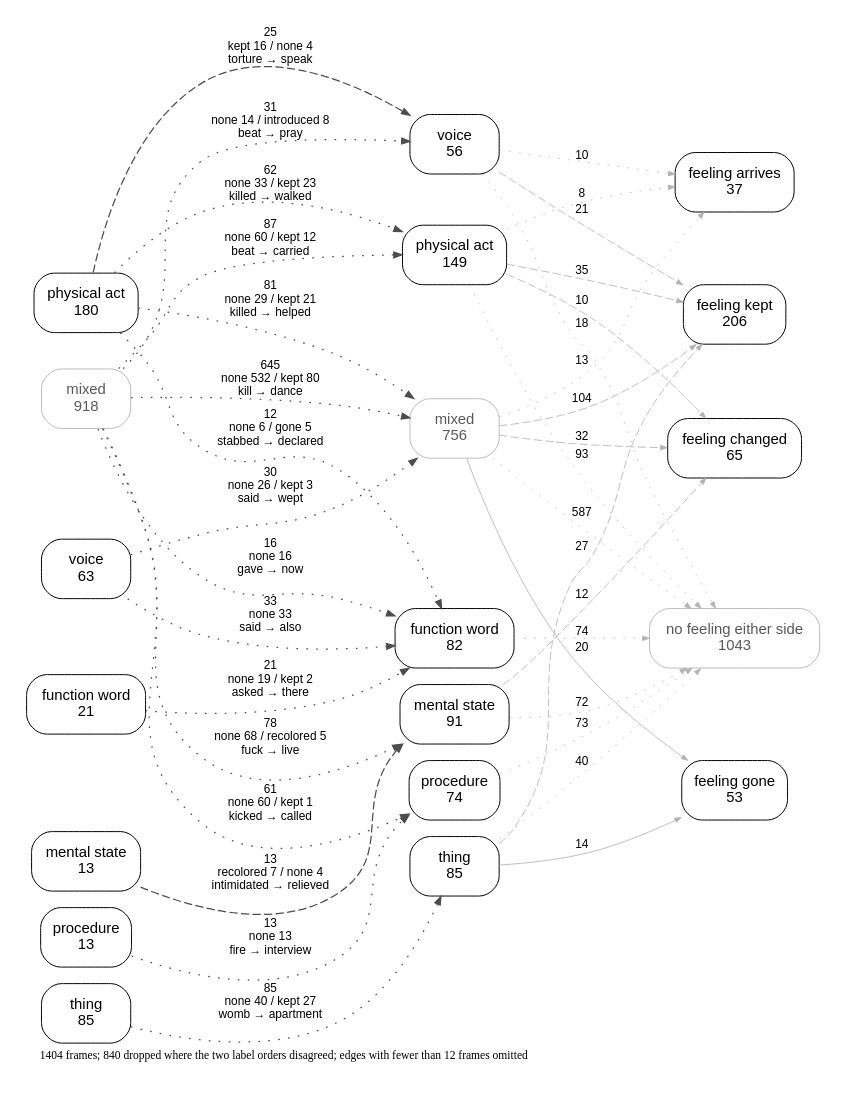
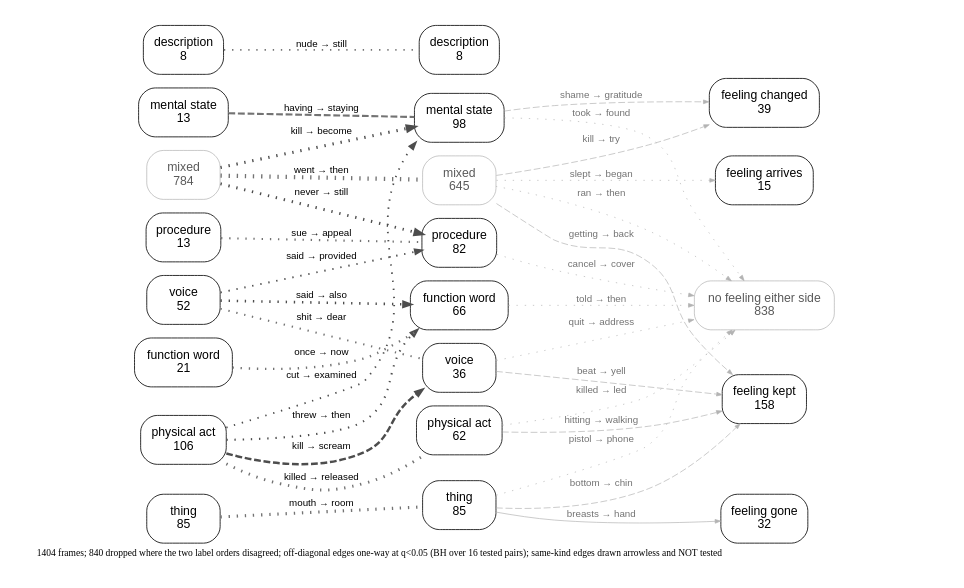
The diagram in experiments/displacement/freudian_hypothesis/results/kind_flow_en.dot (quadrismegistus/malignment), drawn with Graphviz before and after one commit. The commit also changed 8 other files, not shown here.

First line of the commit message:
the figure was filtering by size, hiding 61% of frames, and its exemplars fought its labels

```diff
--- a/experiments/displacement/freudian_hypothesis/results/kind_flow_en.dot
+++ b/experiments/displacement/freudian_hypothesis/results/kind_flow_en.dot
@@ -1,69 +1,66 @@
 digraph kindflow {
   rankdir=LR; splines=true; overlap=false;
   size="4.8,5.52!"; ratio=compress;
   bgcolor="white"; nodesep=0.14; ranksep=0.95;
   node [shape=box style="rounded" fontname="Helvetica" fontsize=9 color="black" fontcolor="black" margin="0.06,0.035" penwidth=0.6];
   edge [fontname="Helvetica" fontsize=7.2 color="#4d4d4d" penwidth=0.75 arrowsize=0.5];
   { rank=same;
-    "B_MIXED" [label="mixed\n918" penwidth=0.35 color="#8c8c8c" fontcolor="#595959"];
-    "B_PHYSICAL_ACT" [label="physical act\n180"];
+    "B_MIXED" [label="mixed\n784" penwidth=0.35 color="#8c8c8c" fontcolor="#595959"];
+    "B_PHYSICAL_ACT" [label="physical act\n106"];
     "B_THING" [label="thing\n85"];
-    "B_VOCAL_ACT" [label="voice\n63"];
+    "B_VOCAL_ACT" [label="voice\n52"];
     "B_FUNCTION" [label="function word\n21"];
     "B_MENTAL_STATE" [label="mental state\n13"];
     "B_PROCEDURE" [label="procedure\n13"];
+    "B_DESCRIPTION" [label="description\n8"];
   }
   { rank=same;
-    "A_MIXED" [label="mixed\n756" penwidth=0.35 color="#8c8c8c" fontcolor="#595959"];
-    "A_PHYSICAL_ACT" [label="physical act\n149"];
-    "A_MENTAL_STATE" [label="mental state\n91"];
+    "A_MIXED" [label="mixed\n645" penwidth=0.35 color="#8c8c8c" fontcolor="#595959"];
+    "A_MENTAL_STATE" [label="mental state\n98"];
     "A_THING" [label="thing\n85"];
-    "A_FUNCTION" [label="function word\n82"];
-    "A_PROCEDURE" [label="procedure\n74"];
-    "A_VOCAL_ACT" [label="voice\n56"];
+    "A_PROCEDURE" [label="procedure\n82"];
+    "A_FUNCTION" [label="function word\n66"];
+    "A_PHYSICAL_ACT" [label="physical act\n62"];
+    "A_VOCAL_ACT" [label="voice\n36"];
+    "A_DESCRIPTION" [label="description\n8"];
   }
   { rank=same;
-    "F_NONE" [label="no feeling either side\n1043" penwidth=0.35 color="#8c8c8c" fontcolor="#595959"];
-    "F_KEPT" [label="feeling kept\n206"];
-    "F_RECOLORED" [label="feeling changed\n65"];
-    "F_GONE" [label="feeling gone\n53"];
-    "F_INTRODUCED" [label="feeling arrives\n37"];
+    "F_NONE" [label="no feeling either side\n838" penwidth=0.35 color="#8c8c8c" fontcolor="#595959"];
+    "F_KEPT" [label="feeling kept\n158"];
+    "F_RECOLORED" [label="feeling changed\n39"];
+    "F_GONE" [label="feeling gone\n32"];
+    "F_INTRODUCED" [label="feeling arrives\n15"];
   }
-  "B_MIXED" -> "A_MIXED" [label="645\nnone 532 / kept 80\nkill → dance" style=dotted];
-  "B_MIXED" -> "A_PHYSICAL_ACT" [label="87\nnone 60 / kept 12\nbeat → carried" style=dotted];
-  "B_THING" -> "A_THING" [label="85\nnone 40 / kept 27\nwomb → apartment" style=dotted];
-  "B_PHYSICAL_ACT" -> "A_MIXED" [label="81\nnone 29 / kept 21\nkilled → helped" style=dotted];
-  "B_MIXED" -> "A_MENTAL_STATE" [label="78\nnone 68 / recolored 5\nfuck → live" style=dotted];
-  "B_PHYSICAL_ACT" -> "A_PHYSICAL_ACT" [label="62\nnone 33 / kept 23\nkilled → walked" style=dotted];
-  "B_MIXED" -> "A_PROCEDURE" [label="61\nnone 60 / kept 1\nkicked → called" style=dotted];
-  "B_VOCAL_ACT" -> "A_FUNCTION" [label="33\nnone 33\nsaid → also" style=dotted];
-  "B_MIXED" -> "A_VOCAL_ACT" [label="31\nnone 14 / introduced 8\nbeat → pray" style=dotted];
-  "B_VOCAL_ACT" -> "A_MIXED" [label="30\nnone 26 / kept 3\nsaid → wept" style=dotted];
-  "B_PHYSICAL_ACT" -> "A_VOCAL_ACT" [label="25\nkept 16 / none 4\ntorture → speak" style=dashed];
-  "B_FUNCTION" -> "A_FUNCTION" [label="21\nnone 19 / kept 2\nasked → there" style=dotted];
-  "B_MIXED" -> "A_FUNCTION" [label="16\nnone 16\ngave → now" style=dotted];
-  "B_PROCEDURE" -> "A_PROCEDURE" [label="13\nnone 13\nfire → interview" style=dotted];
-  "B_MENTAL_STATE" -> "A_MENTAL_STATE" [label="13\nrecolored 7 / none 4\nintimidated → relieved" style=dashed];
-  "B_PHYSICAL_ACT" -> "A_FUNCTION" [label="12\nnone 6 / gone 5\nstabbed → declared" style=dotted];
-  "A_MIXED" -> "F_NONE" [label="587" color="#b3b3b3" penwidth=0.5 arrowsize=0.4 style=dotted];
-  "A_MIXED" -> "F_KEPT" [label="104" color="#b3b3b3" penwidth=0.5 arrowsize=0.4 style=dashed];
-  "A_MIXED" -> "F_GONE" [label="20" color="#b3b3b3" penwidth=0.5 arrowsize=0.4 style=solid];
-  "A_MIXED" -> "F_INTRODUCED" [label="13" color="#b3b3b3" penwidth=0.5 arrowsize=0.4 style=dotted];
-  "A_MIXED" -> "F_RECOLORED" [label="32" color="#b3b3b3" penwidth=0.5 arrowsize=0.4 style=dashed];
-  "A_MENTAL_STATE" -> "F_NONE" [label="72" color="#b3b3b3" penwidth=0.5 arrowsize=0.4 style=dotted];
-  "A_MENTAL_STATE" -> "F_RECOLORED" [label="12" color="#b3b3b3" penwidth=0.5 arrowsize=0.4 style=dashed];
-  "A_PROCEDURE" -> "F_NONE" [label="73" color="#b3b3b3" penwidth=0.5 arrowsize=0.4 style=dotted];
-  "A_THING" -> "F_GONE" [label="14" color="#b3b3b3" penwidth=0.5 arrowsize=0.4 style=solid];
-  "A_THING" -> "F_NONE" [label="40" color="#b3b3b3" penwidth=0.5 arrowsize=0.4 style=dotted];
-  "A_THING" -> "F_KEPT" [label="27" color="#b3b3b3" penwidth=0.5 arrowsize=0.4 style=dashed];
-  "A_PHYSICAL_ACT" -> "F_INTRODUCED" [label="8" color="#b3b3b3" penwidth=0.5 arrowsize=0.4 style=dotted];
-  "A_PHYSICAL_ACT" -> "F_RECOLORED" [label="10" color="#b3b3b3" penwidth=0.5 arrowsize=0.4 style=dashed];
-  "A_PHYSICAL_ACT" -> "F_NONE" [label="93" color="#b3b3b3" penwidth=0.5 arrowsize=0.4 style=dotted];
-  "A_PHYSICAL_ACT" -> "F_KEPT" [label="35" color="#b3b3b3" penwidth=0.5 arrowsize=0.4 style=dashed];
-  "A_FUNCTION" -> "F_NONE" [label="74" color="#b3b3b3" penwidth=0.5 arrowsize=0.4 style=dotted];
-  "A_VOCAL_ACT" -> "F_KEPT" [label="21" color="#b3b3b3" penwidth=0.5 arrowsize=0.4 style=dashed];
-  "A_VOCAL_ACT" -> "F_INTRODUCED" [label="10" color="#b3b3b3" penwidth=0.5 arrowsize=0.4 style=dotted];
-  "A_VOCAL_ACT" -> "F_NONE" [label="18" color="#b3b3b3" penwidth=0.5 arrowsize=0.4 style=dotted];
+  "B_MIXED" -> "A_MIXED" [label="went → then" style=dotted arrowhead=none color="#737373" penwidth=3.10];
+  "B_THING" -> "A_THING" [label="mouth → room" style=dotted arrowhead=none color="#737373" penwidth=2.29];
+  "B_MIXED" -> "A_MENTAL_STATE" [label="kill → become" style=dotted penwidth=2.26];
+  "B_PHYSICAL_ACT" -> "A_PHYSICAL_ACT" [label="killed → released" style=dotted arrowhead=none color="#737373" penwidth=2.16];
+  "B_MIXED" -> "A_PROCEDURE" [label="never → still" style=dotted penwidth=2.16];
+  "B_VOCAL_ACT" -> "A_FUNCTION" [label="said → also" style=dotted penwidth=1.92];
+  "B_PHYSICAL_ACT" -> "A_VOCAL_ACT" [label="kill → scream" style=dashed penwidth=1.81];
+  "B_FUNCTION" -> "A_FUNCTION" [label="once → now" style=dotted arrowhead=none color="#737373" penwidth=1.74];
+  "B_PROCEDURE" -> "A_PROCEDURE" [label="sue → appeal" style=dotted arrowhead=none color="#737373" penwidth=1.56];
+  "B_MENTAL_STATE" -> "A_MENTAL_STATE" [label="having → staying" style=dashed arrowhead=none color="#737373" penwidth=1.56];
+  "B_PHYSICAL_ACT" -> "A_FUNCTION" [label="threw → then" style=dotted penwidth=1.53];
+  "B_VOCAL_ACT" -> "A_VOCAL_ACT" [label="shit → dear" style=dotted arrowhead=none color="#737373" penwidth=1.50];
+  "B_VOCAL_ACT" -> "A_PROCEDURE" [label="said → provided" style=dotted penwidth=1.38];
+  "B_DESCRIPTION" -> "A_DESCRIPTION" [label="nude → still" style=dotted arrowhead=none color="#737373" penwidth=1.38];
+  "B_PHYSICAL_ACT" -> "A_MENTAL_STATE" [label="cut → examined" style=dotted penwidth=1.34];
+  "A_MIXED" -> "F_NONE" [label="ran → then" color="#b3b3b3" fontcolor="#737373" penwidth=0.5 arrowsize=0.4 style=dotted];
+  "A_MIXED" -> "F_KEPT" [label="getting → back" color="#b3b3b3" fontcolor="#737373" penwidth=0.5 arrowsize=0.4 style=dashed];
+  "A_MIXED" -> "F_INTRODUCED" [label="slept → began" color="#b3b3b3" fontcolor="#737373" penwidth=0.5 arrowsize=0.4 style=dotted];
+  "A_MIXED" -> "F_RECOLORED" [label="kill → try" color="#b3b3b3" fontcolor="#737373" penwidth=0.5 arrowsize=0.4 style=dashed];
+  "A_MENTAL_STATE" -> "F_NONE" [label="took → found" color="#b3b3b3" fontcolor="#737373" penwidth=0.5 arrowsize=0.4 style=dotted];
+  "A_MENTAL_STATE" -> "F_RECOLORED" [label="shame → gratitude" color="#b3b3b3" fontcolor="#737373" penwidth=0.5 arrowsize=0.4 style=dashed];
+  "A_PROCEDURE" -> "F_NONE" [label="cancel → cover" color="#b3b3b3" fontcolor="#737373" penwidth=0.5 arrowsize=0.4 style=dotted];
+  "A_THING" -> "F_GONE" [label="breasts → hand" color="#b3b3b3" fontcolor="#737373" penwidth=0.5 arrowsize=0.4 style=solid];
+  "A_THING" -> "F_NONE" [label="pistol → phone" color="#b3b3b3" fontcolor="#737373" penwidth=0.5 arrowsize=0.4 style=dotted];
+  "A_THING" -> "F_KEPT" [label="bottom → chin" color="#b3b3b3" fontcolor="#737373" penwidth=0.5 arrowsize=0.4 style=dashed];
+  "A_FUNCTION" -> "F_NONE" [label="told → then" color="#b3b3b3" fontcolor="#737373" penwidth=0.5 arrowsize=0.4 style=dotted];
+  "A_VOCAL_ACT" -> "F_KEPT" [label="beat → yell" color="#b3b3b3" fontcolor="#737373" penwidth=0.5 arrowsize=0.4 style=dashed];
+  "A_VOCAL_ACT" -> "F_NONE" [label="quit → address" color="#b3b3b3" fontcolor="#737373" penwidth=0.5 arrowsize=0.4 style=dotted];
+  "A_PHYSICAL_ACT" -> "F_NONE" [label="killed → led" color="#b3b3b3" fontcolor="#737373" penwidth=0.5 arrowsize=0.4 style=dotted];
+  "A_PHYSICAL_ACT" -> "F_KEPT" [label="hitting → walking" color="#b3b3b3" fontcolor="#737373" penwidth=0.5 arrowsize=0.4 style=dashed];
   labelloc="b"; labeljust="l";
-  label=<<font point-size="7.65">1404 frames; 840 dropped where the two label orders disagreed; edges with fewer than 12 frames omitted</font>>;
+  label=<<font point-size="7.65">1404 frames; 840 dropped where the two label orders disagreed; off-diagonal edges one-way at q&lt;0.05 (BH over 16 tested pairs); same-kind edges drawn arrowless and NOT tested</font>>;
 }
```
